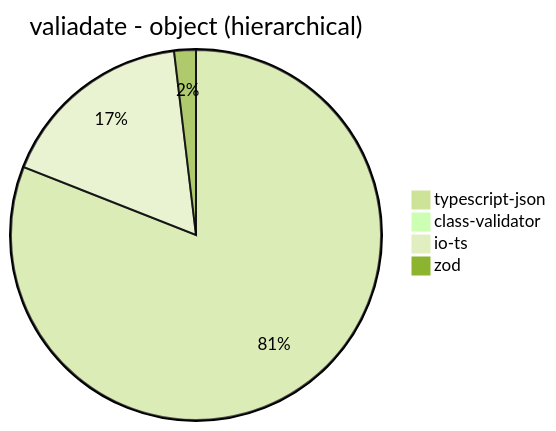
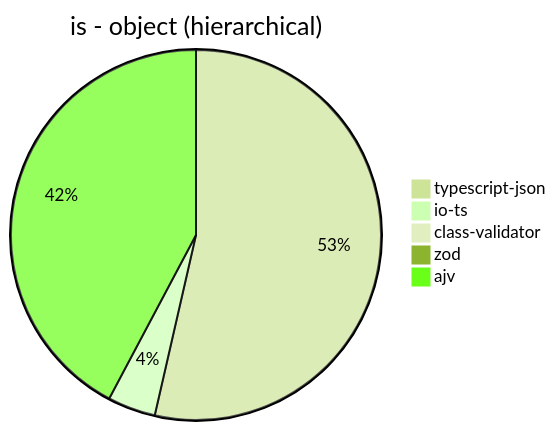
Before and after one commit to samchon/typia: the first of 32 diagrams in benchmark/results/AMD Ryzen 7 5800H with Radeon Graphics.md, drawn with Mermaid (forest theme). The commit also changed other lines of this file and 14 other files, not shown here.

Commit message:
Close #243 and Fix #244 - enhance json schema

````diff
--- a/benchmark/results/AMD Ryzen 7 5800H with Radeon Graphics.md
+++ b/benchmark/results/AMD Ryzen 7 5800H with Radeon Graphics.md
@@ -21,7 +21,8 @@
 ```mermaid
-pie title valiadate - object (hierarchical)
-  "typescript-json": 18456.513828238716
-  "class-validator": 102.07308503162332
-  "io-ts": 3903.515195898938
-  "zod": 431.7523533671253
+pie title is - object (hierarchical)
+  "typescript-json": 108502.45409925467
+  "io-ts": 8477.989663161647
+  "class-validator": 97.8656949505466
+  "zod": 387.73006134969324
+  "ajv": 85526.92867540028
 ```
````
